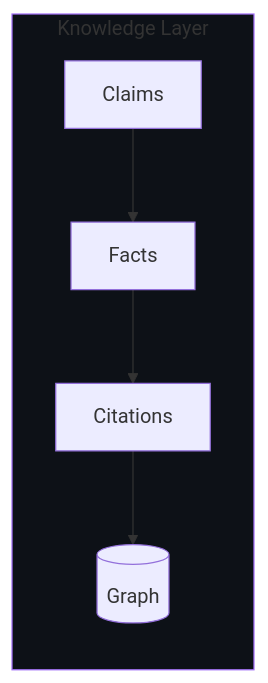
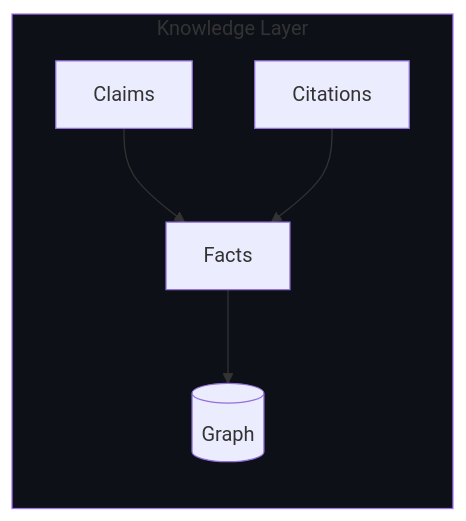
One commit to delta-prime/.github changed the second of 6 diagrams in profile/README.md. Above: the diagram before and after it, drawn with Mermaid. The commit also changed other lines of this file, not shown here.

First line of the commit message:
docs: tidy README — mailto contact, em-dash consistency, diagram fixes

````diff
--- a/profile/README.md
+++ b/profile/README.md
@@ -65,11 +65,11 @@
 ```mermaid
 flowchart LR
     subgraph KNOW["Knowledge Layer"]
         direction TB
         C[Claims] --> F[Facts]
-        F --> CI[Citations]
-        CI --> G[(Graph)]
+        CI[Citations] --> F
+        F --> G[(Graph)]
     end
     
     style KNOW fill:#0d1117,stroke:#a371f7
 ```
````
